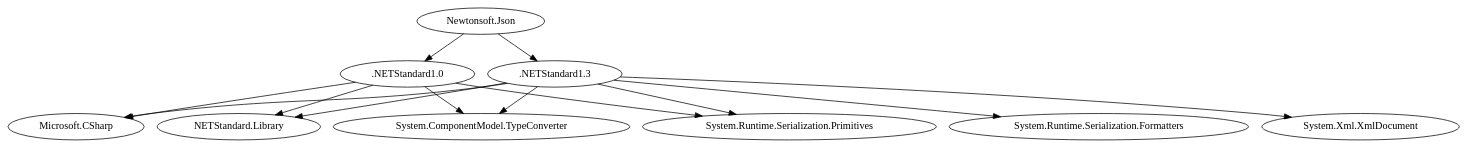
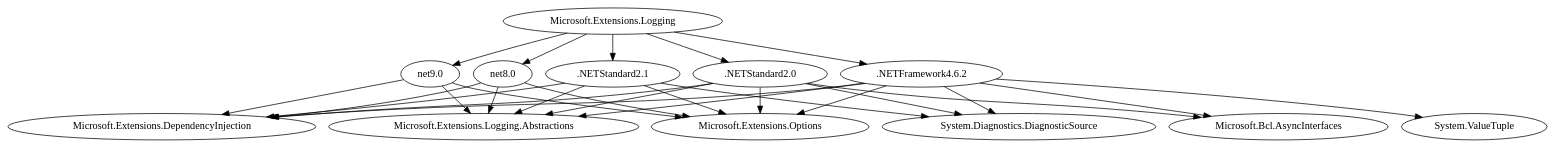
One commit to elinaleonovva/Konfig_leonova changed the diagram in ДЗ/DZ2/dependencies.dot. Above: the diagram before and after it, drawn with Graphviz. The commit also changed 2 other files, not shown here.

```diff
--- a/ДЗ/DZ2/dependencies.dot
+++ b/ДЗ/DZ2/dependencies.dot
@@ -1,14 +1,28 @@
 digraph G {
-"Newtonsoft.Json" -> ".NETStandard1.0";
-".NETStandard1.0" -> "Microsoft.CSharp";
-".NETStandard1.0" -> "NETStandard.Library";
-".NETStandard1.0" -> "System.ComponentModel.TypeConverter";
-".NETStandard1.0" -> "System.Runtime.Serialization.Primitives";
-"Newtonsoft.Json" -> ".NETStandard1.3";
-".NETStandard1.3" -> "Microsoft.CSharp";
-".NETStandard1.3" -> "NETStandard.Library";
-".NETStandard1.3" -> "System.ComponentModel.TypeConverter";
-".NETStandard1.3" -> "System.Runtime.Serialization.Formatters";
-".NETStandard1.3" -> "System.Runtime.Serialization.Primitives";
-".NETStandard1.3" -> "System.Xml.XmlDocument";
+"Microsoft.Extensions.Logging" -> ".NETFramework4.6.2";
+".NETFramework4.6.2" -> "Microsoft.Bcl.AsyncInterfaces";
+".NETFramework4.6.2" -> "Microsoft.Extensions.DependencyInjection";
+".NETFramework4.6.2" -> "Microsoft.Extensions.Logging.Abstractions";
+".NETFramework4.6.2" -> "Microsoft.Extensions.Options";
+".NETFramework4.6.2" -> "System.Diagnostics.DiagnosticSource";
+".NETFramework4.6.2" -> "System.ValueTuple";
+"Microsoft.Extensions.Logging" -> "net8.0";
+"net8.0" -> "Microsoft.Extensions.DependencyInjection";
+"net8.0" -> "Microsoft.Extensions.Logging.Abstractions";
+"net8.0" -> "Microsoft.Extensions.Options";
+"Microsoft.Extensions.Logging" -> "net9.0";
+"net9.0" -> "Microsoft.Extensions.DependencyInjection";
+"net9.0" -> "Microsoft.Extensions.Logging.Abstractions";
+"net9.0" -> "Microsoft.Extensions.Options";
+"Microsoft.Extensions.Logging" -> ".NETStandard2.0";
+".NETStandard2.0" -> "Microsoft.Bcl.AsyncInterfaces";
+".NETStandard2.0" -> "Microsoft.Extensions.DependencyInjection";
+".NETStandard2.0" -> "Microsoft.Extensions.Logging.Abstractions";
+".NETStandard2.0" -> "Microsoft.Extensions.Options";
+".NETStandard2.0" -> "System.Diagnostics.DiagnosticSource";
+"Microsoft.Extensions.Logging" -> ".NETStandard2.1";
+".NETStandard2.1" -> "Microsoft.Extensions.DependencyInjection";
+".NETStandard2.1" -> "Microsoft.Extensions.Logging.Abstractions";
+".NETStandard2.1" -> "Microsoft.Extensions.Options";
+".NETStandard2.1" -> "System.Diagnostics.DiagnosticSource";
 }
```
